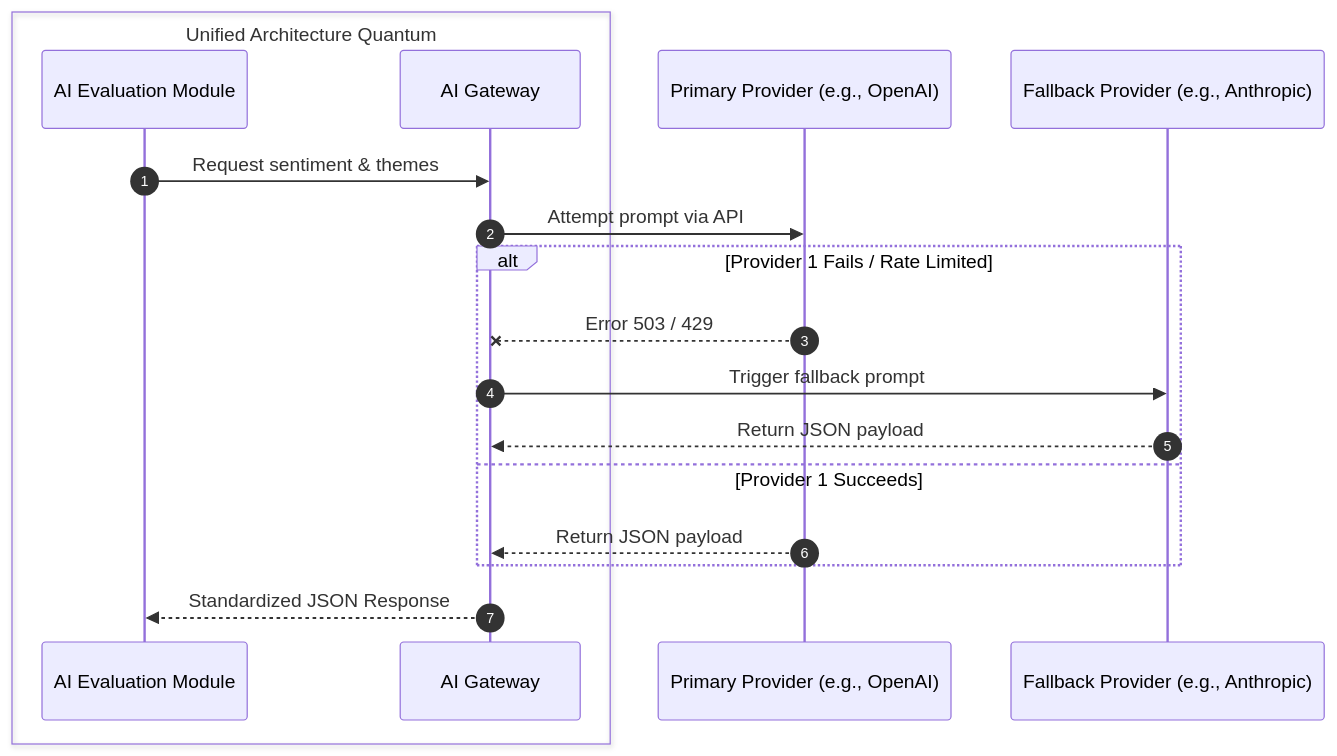
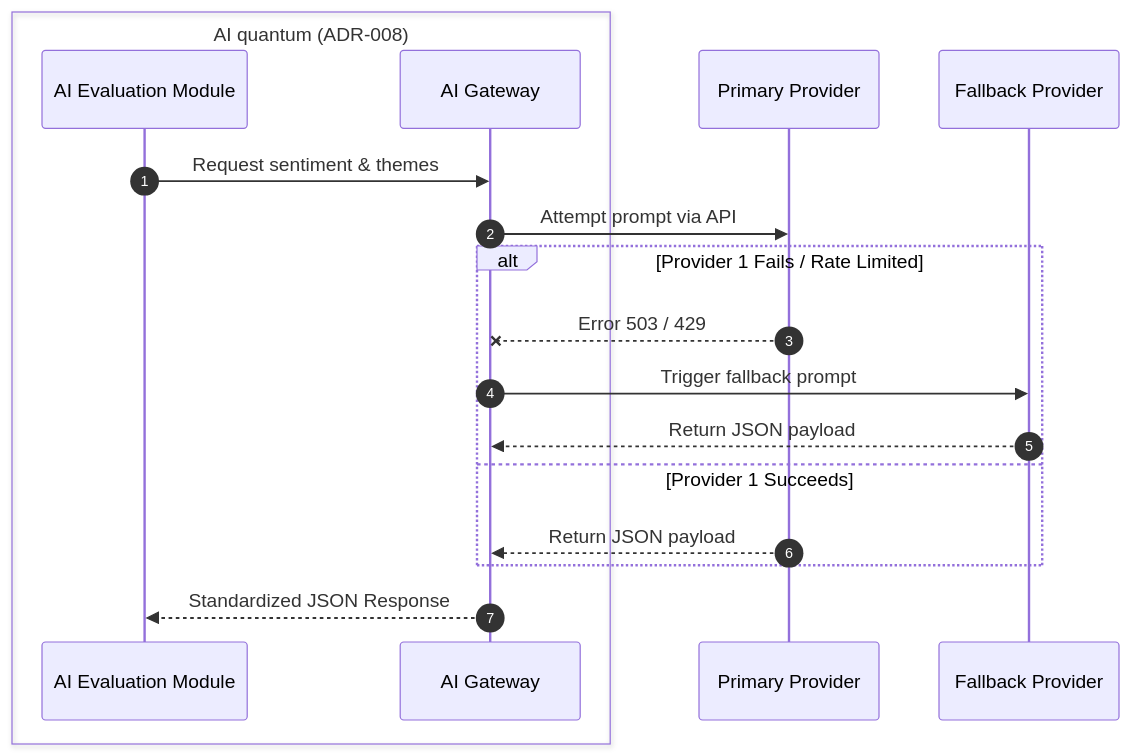
The second of 2 diagrams in ADR/adr-006-ai-feedback-evaluation-and-reporting.md (santhosh-challa/ground-truth), drawn with Mermaid before and after one commit. The commit also changed other lines of this file and 10 other files, not shown here.

````diff
--- a/ADR/adr-006-ai-feedback-evaluation-and-reporting.md
+++ b/ADR/adr-006-ai-feedback-evaluation-and-reporting.md
@@ -92,21 +98,21 @@
 ```mermaid
 sequenceDiagram
     autonumber
-    box Unified Architecture Quantum
+    box AI quantum (ADR-008)
         participant Eval as AI Evaluation Module
         participant GW as AI Gateway
     end
-    participant LLM1 as Primary Provider (e.g., OpenAI)
-    participant LLM2 as Fallback Provider (e.g., Anthropic)
+    participant LLM1 as Primary Provider
+    participant LLM2 as Fallback Provider
 
     Eval->>GW: Request sentiment & themes
     GW->>LLM1: Attempt prompt via API
     alt Provider 1 Fails / Rate Limited
         LLM1--xGW: Error 503 / 429
         GW->>LLM2: Trigger fallback prompt
         LLM2-->>GW: Return JSON payload
     else Provider 1 Succeeds
         LLM1-->>GW: Return JSON payload
     end
     GW-->>Eval: Standardized JSON Response
 ```
````
